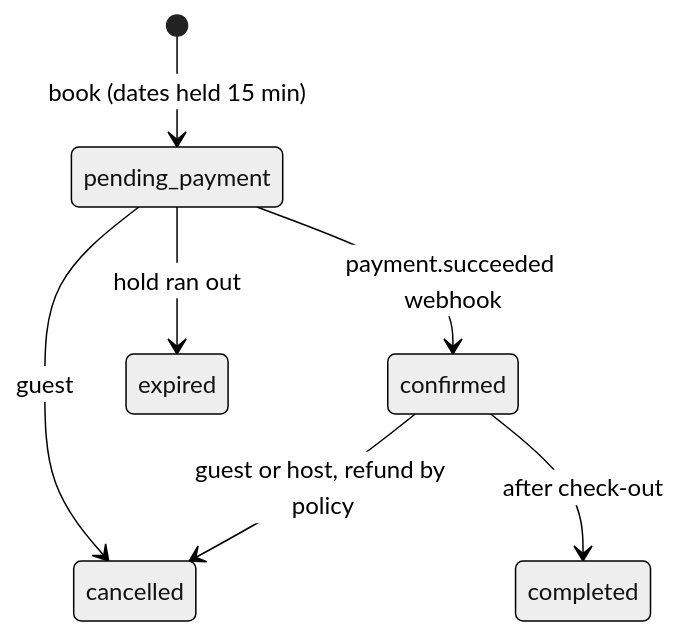
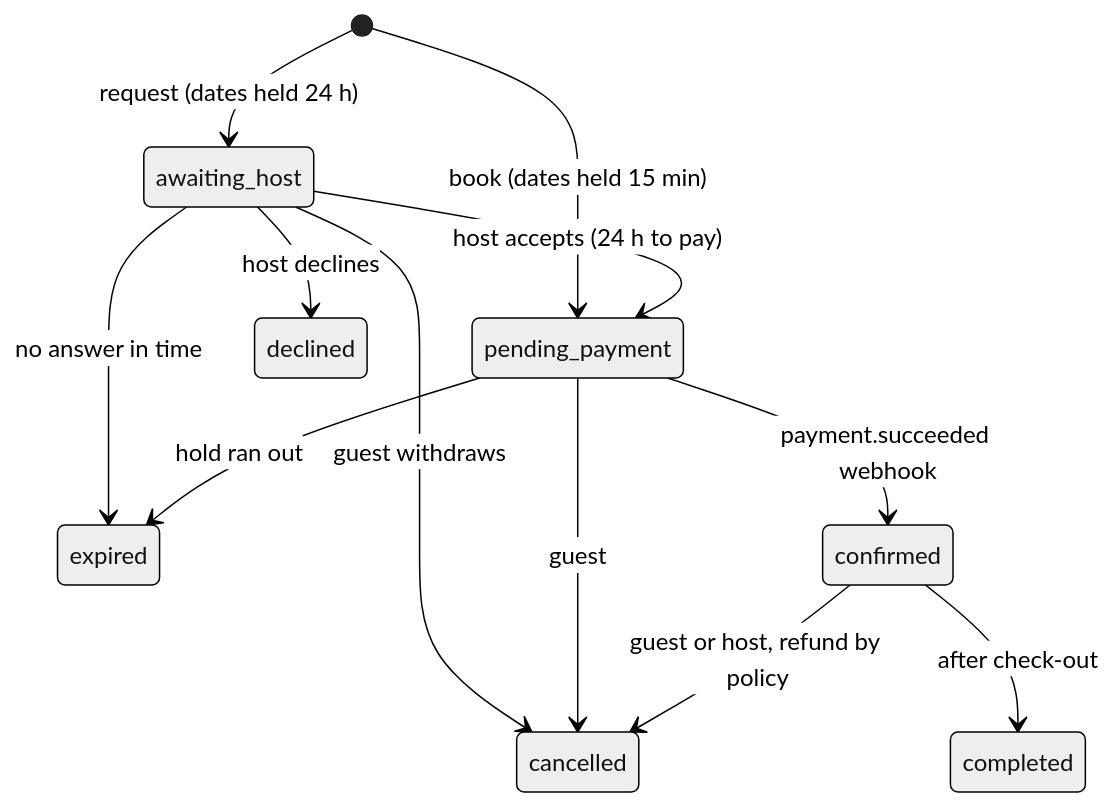
One commit to Nersaa/booking-platform changed the third of 4 diagrams in README.md. Above: the diagram before and after it, drawn with Mermaid (neutral theme). The commit also changed other lines of this file and 41 other files, not shown here.

````diff
--- a/README.md
+++ b/README.md
@@ -249,9 +262,14 @@
 ```mermaid
 stateDiagram-v2
     [*] --> pending_payment: book (dates held 15 min)
+    [*] --> awaiting_host: request (dates held 24 h)
+    awaiting_host --> pending_payment: host accepts (24 h to pay)
+    awaiting_host --> declined: host declines
+    awaiting_host --> expired: no answer in time
+    awaiting_host --> cancelled: guest withdraws
     pending_payment --> confirmed: payment.succeeded webhook
     pending_payment --> expired: hold ran out
     pending_payment --> cancelled: guest
     confirmed --> cancelled: guest or host, refund by policy
     confirmed --> completed: after check-out
 ```
````
